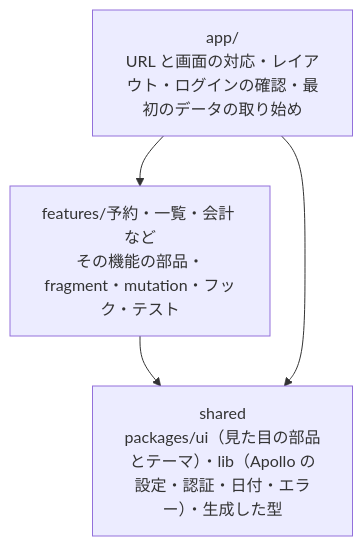
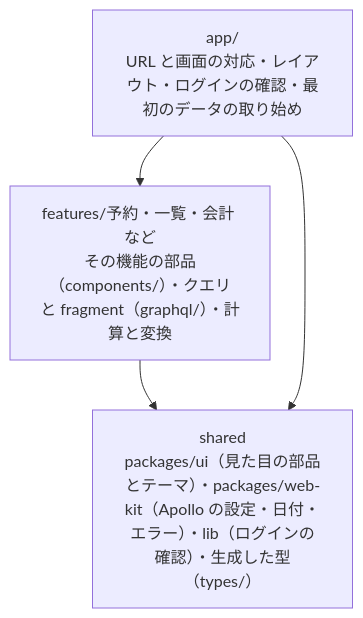
One commit to masa-devx/clinic-architecture changed the diagram in docs/frontend.md. Above: the diagram before and after it, drawn with Mermaid. The commit also changed other lines of this file and 189 other files, not shown here.

First line of the commit message:
GraphQL の型を Apollo がすすめる形に替え、data masking・フォルダ・テストの形をそろえる（F-9）

````diff
--- a/docs/frontend.md
+++ b/docs/frontend.md
@@ -9,8 +9,8 @@
 ```mermaid
 flowchart TB
     A["app/<br>URL と画面の対応・レイアウト・ログインの確認・最初のデータの取り始め"]
-    F["features/予約・一覧・会計 など<br>その機能の部品・fragment・mutation・フック・テスト"]
-    S["shared<br>packages/ui（見た目の部品とテーマ）・lib（Apollo の設定・認証・日付・エラー）・生成した型"]
+    F["features/予約・一覧・会計 など<br>その機能の部品（components/）・クエリと fragment（graphql/）・計算と変換"]
+    S["shared<br>packages/ui（見た目の部品とテーマ）・packages/web-kit（Apollo の設定・日付・エラー）・lib（ログインの確認）・生成した型（types/）"]
     A --> F --> S
     A --> S
 ```
````
